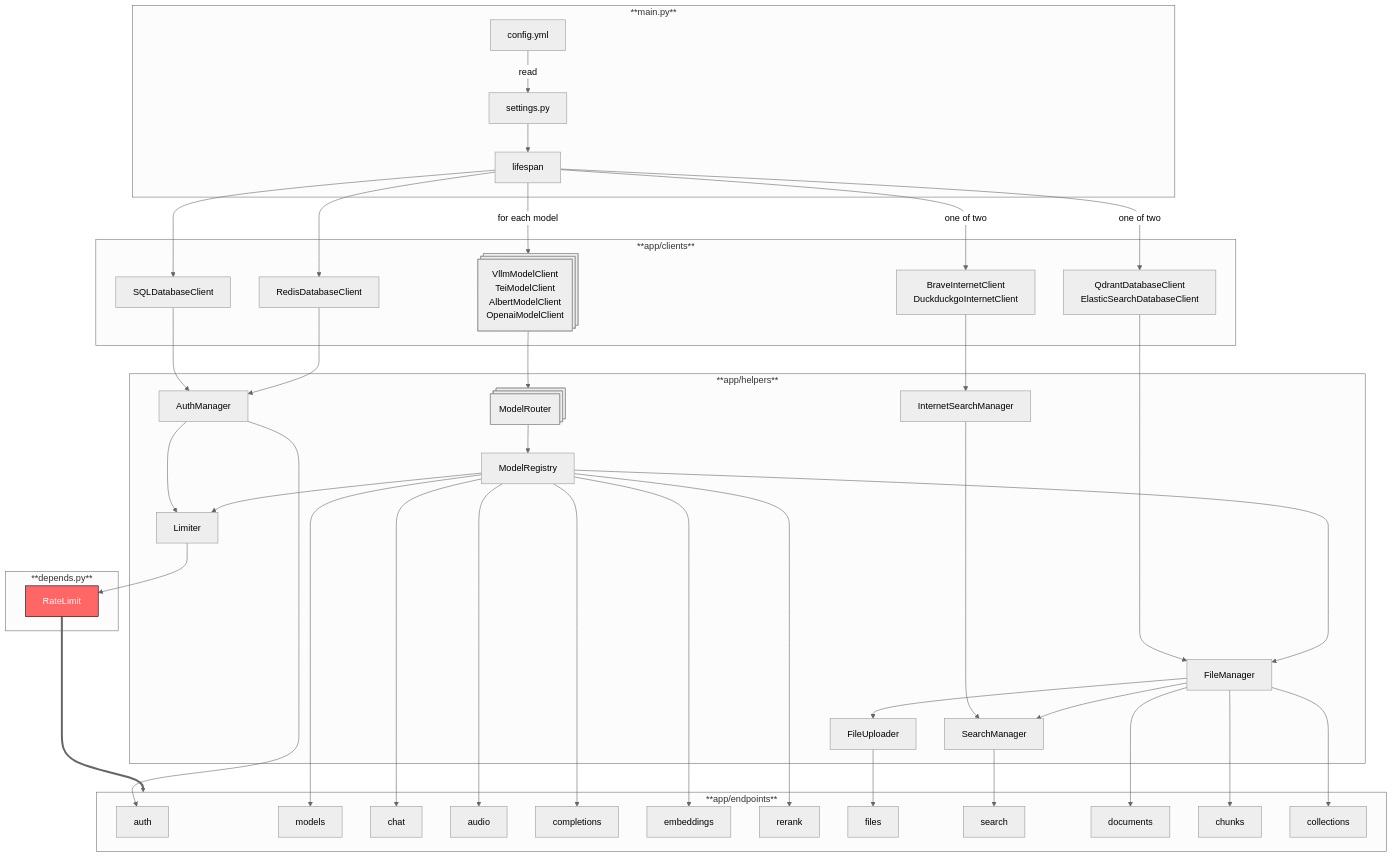
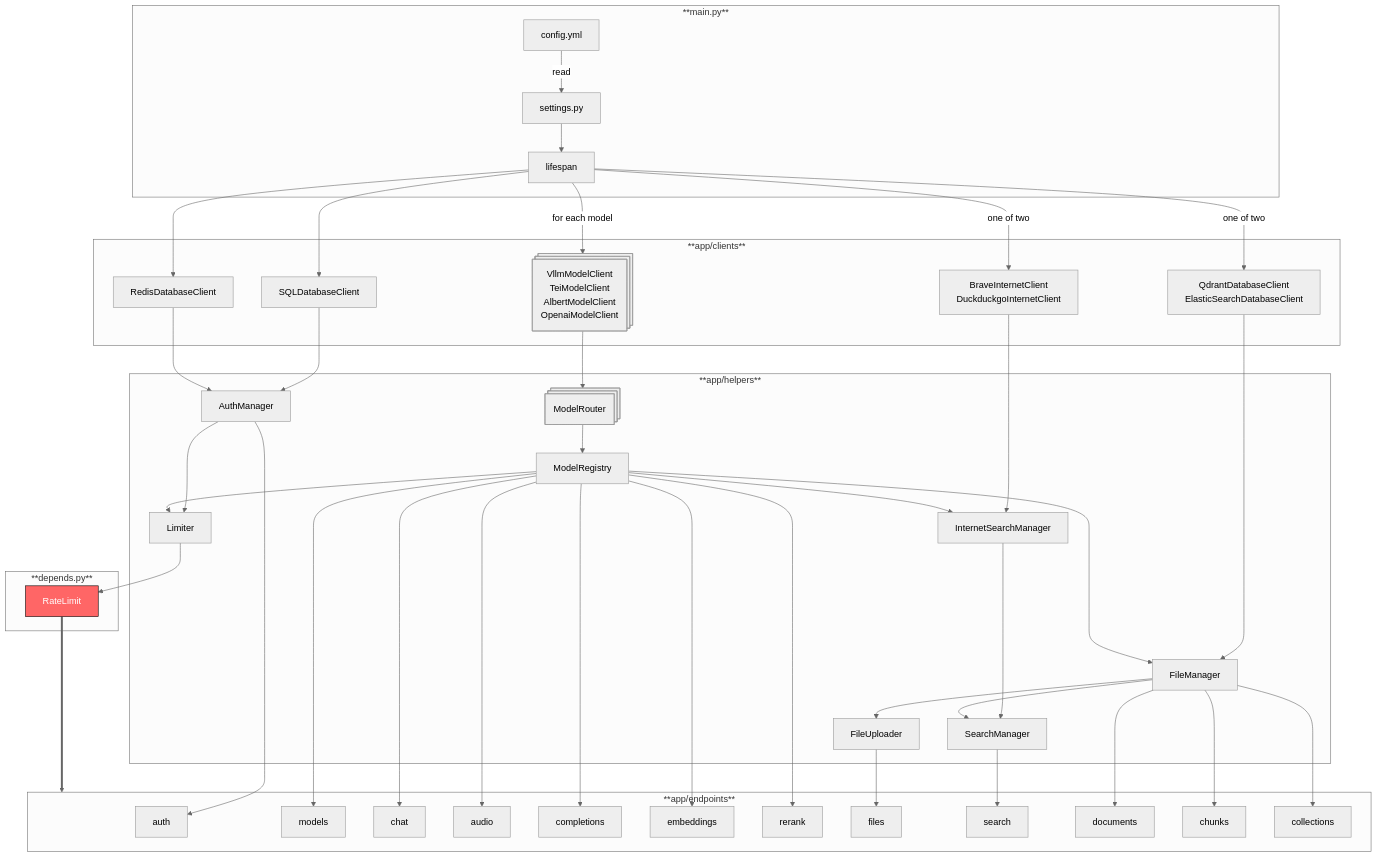
Before and after one commit to etalab-ia/albert-api: the diagram in docs/architecture.md, drawn with Mermaid (neutral theme). The commit also changed 14 other files, not shown here.

````diff
--- a/docs/architecture.md
+++ b/docs/architecture.md
@@ -3,56 +3,57 @@
 ```mermaid  
 flowchart TD
     subgraph **main.py**
     config[config.yml] -->|read| settings[settings.py]
     settings --> lifespan[lifespan]
     end
 
     subgraph **app/clients**
     lifespan --> redisclient[RedisDatabaseClient]
     lifespan --> sqlclient[SQLDatabaseClient]
     lifespan -->|one of two| searchclient[QdrantDatabaseClient<br>ElasticSearchDatabaseClient]
     lifespan -->|one of two| internetclient[BraveInternetClient<br>DuckduckgoInternetClient]
     lifespan -->|for each model| modelclient@{ shape: processes, label: "VllmModelClient<br>TeiModelClient<br>AlbertModelClient<br>OpenaiModelClient" }
     end
     
     subgraph **app/helpers**
     internetclient --> internetsearchmanager[InternetSearchManager]
     internetsearchmanager --> searchmanager[SearchManager]
     authmanager --> limiter[Limiter]
     modelclient --> modelrouter@{ shape: processes, label: "ModelRouter" }
     modelrouter --> modelregistry[ModelRegistry]
     sqlclient --> authmanager[AuthManager]
     redisclient --> authmanager
  
     searchclient --> filemanager[FileManager]
     filemanager --> fileuploader[FileUploader]
     filemanager --> searchmanager
 
     modelregistry --> limiter
     modelregistry ----> filemanager
+    modelregistry --> internetsearchmanager
     end
 
     subgraph **app/endpoints**
     authmanager --> authendpoints[auth]
 
     modelregistry --> modelsendpoints[models]
     modelregistry --> chatendpoints[chat]
     modelregistry --> audioendpoints[audio]
     modelregistry --> completionsendpoint[completions]
     modelregistry --> embeddingsendpoints[embeddings]
     modelregistry --> rerankendpoints[rerank]
 
     fileuploader --> filesendpoints[files]
     searchmanager --> searchendpoints[search]
     filemanager --> documentsendpoints[documents]
     filemanager --> chunksendpoints[chunks]
     filemanager --> collectionsendpoints[collections]
     end
 
     subgraph **depends.py**
     style ratelimit fill:#f66,stroke:#000,stroke-width:1px,color:#fff
     limiter --> ratelimit[RateLimit]
     end
 
     ratelimit ===> **app/endpoints**
 ```
````
